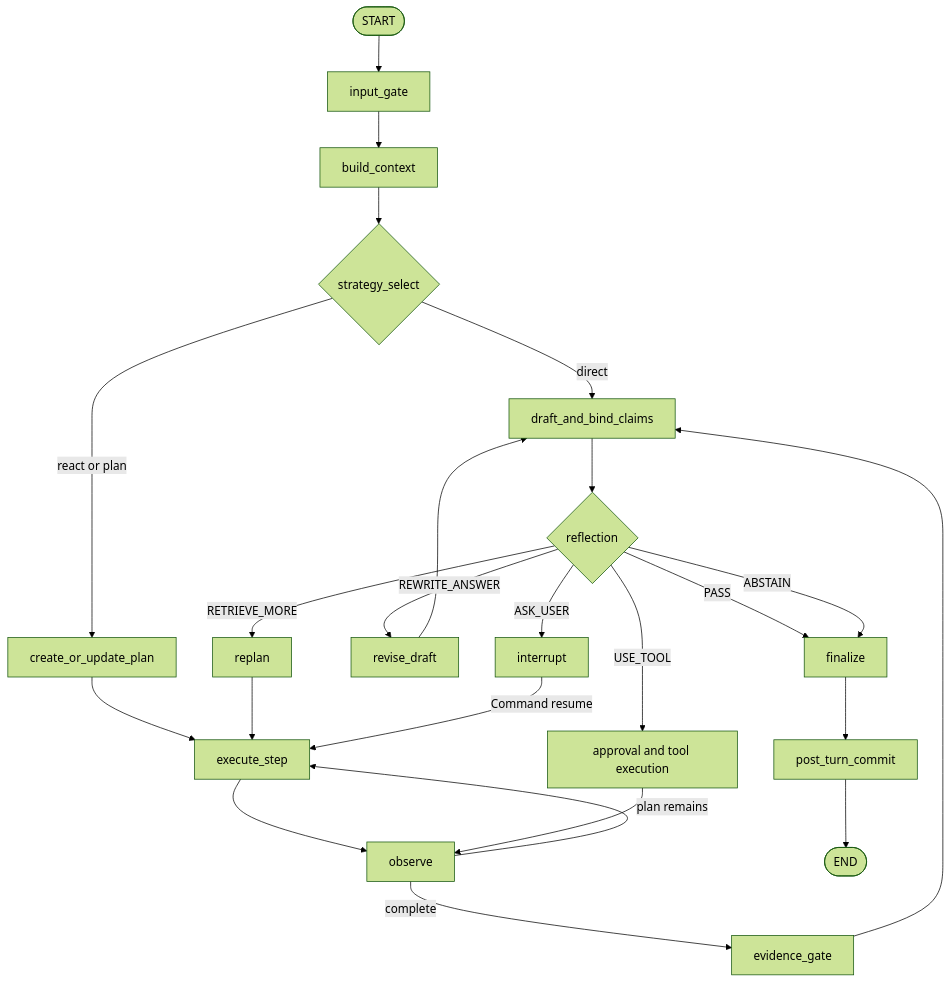
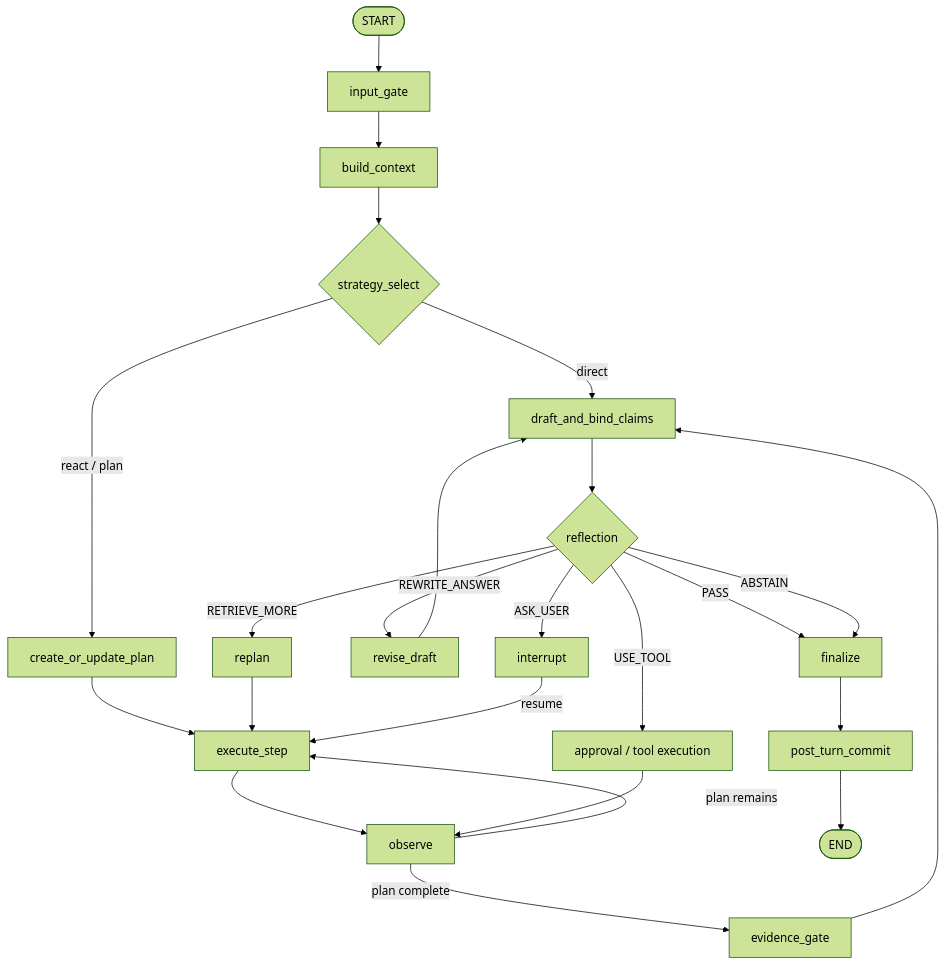
Before and after one commit to ProfessorZhi/Zuno: the second of 4 diagrams in docs/architecture/architecture.md, drawn with Mermaid (forest theme). The commit also changed other lines of this file, not shown here.

Commit message:
Rewrite target architecture as text-first lean enterprise design

````diff
--- a/docs/architecture/architecture.md
+++ b/docs/architecture/architecture.md
@@ -739,17 +185,16 @@
 ```mermaid
 flowchart TB
   Start([START]) --> Input[input_gate] --> Context[build_context] --> Strategy{strategy_select}
   Strategy -->|direct| Draft[draft_and_bind_claims]
-  Strategy -->|react or plan| Plan[create_or_update_plan]
-  Plan --> Execute[execute_step] --> Observe[observe]
+  Strategy -->|react / plan| Plan[create_or_update_plan] --> Execute[execute_step] --> Observe[observe]
   Observe -->|plan remains| Execute
-  Observe -->|complete| Evidence[evidence_gate] --> Draft --> Reflect{reflection}
+  Observe -->|plan complete| Evidence[evidence_gate] --> Draft --> Reflect{reflection}
   Reflect -->|PASS| Finalize[finalize]
   Reflect -->|REWRITE_ANSWER| Revise[revise_draft] --> Draft
   Reflect -->|RETRIEVE_MORE| Replan[replan] --> Execute
-  Reflect -->|USE_TOOL| Approval[approval and tool execution] --> Observe
+  Reflect -->|USE_TOOL| Tool[approval / tool execution] --> Observe
   Reflect -->|ASK_USER| Interrupt[interrupt]
-  Interrupt -->|Command resume| Execute
+  Interrupt -->|resume| Execute
   Reflect -->|ABSTAIN| Finalize
   Finalize --> Commit[post_turn_commit] --> End([END])
 ```
````
